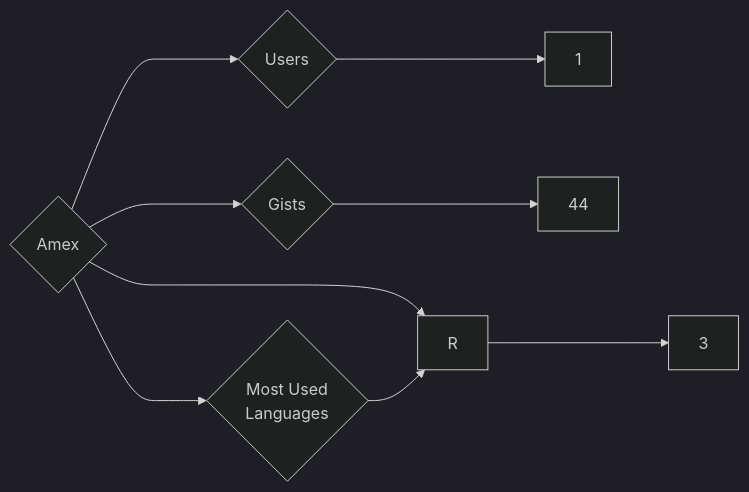
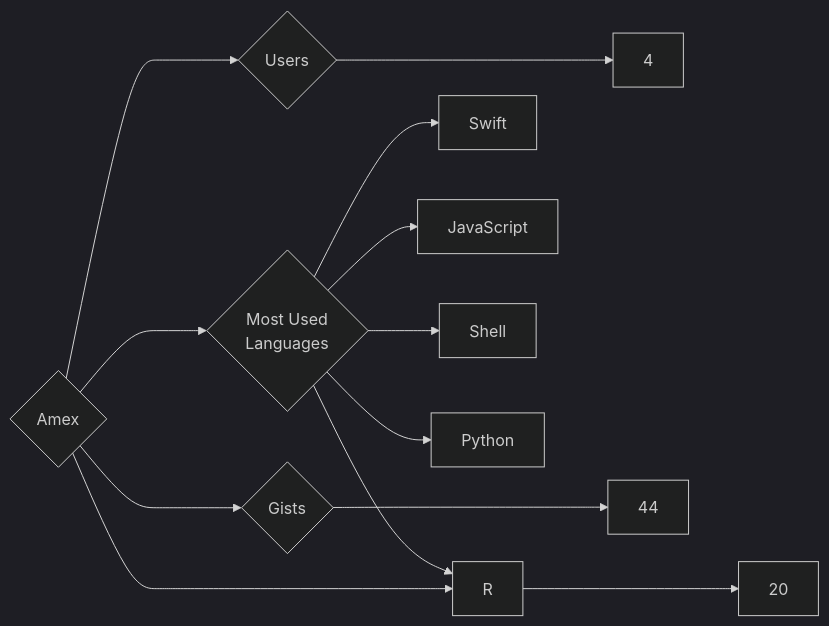
Before and after one commit to trickest/insiders: the diagram in targets/Amex/README.md, drawn with Mermaid (dark theme). The commit also changed 1003 other files, not shown here.

````diff
--- a/targets/Amex/README.md
+++ b/targets/Amex/README.md
@@ -3,9 +3,13 @@
 ```mermaid
 graph LR
 COMPANY_NAME{Amex}
-COMPANY_NAME ---> U{Users} ---> UN[1]
-COMPANY_NAME ---> R{Repositories} ---> RN[3]
+COMPANY_NAME ---> U{Users} ---> UN[4]
+COMPANY_NAME ---> R{Repositories} ---> RN[20]
 COMPANY_NAME ---> G{Gists} ---> GN[44]
 COMPANY_NAME ---> ML{Most Used<br>Languages}
+ML --> Swift[Swift]
+ML --> JavaScript[JavaScript]
+ML --> Shell[Shell]
 ML --> R[R]
+ML --> Python[Python]
 ```
````
